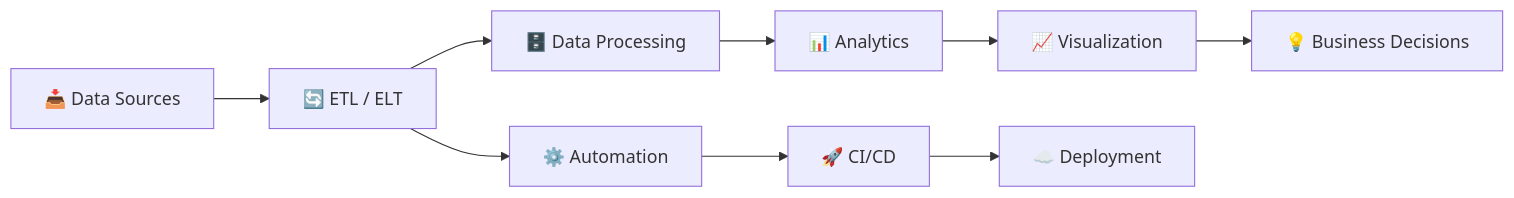
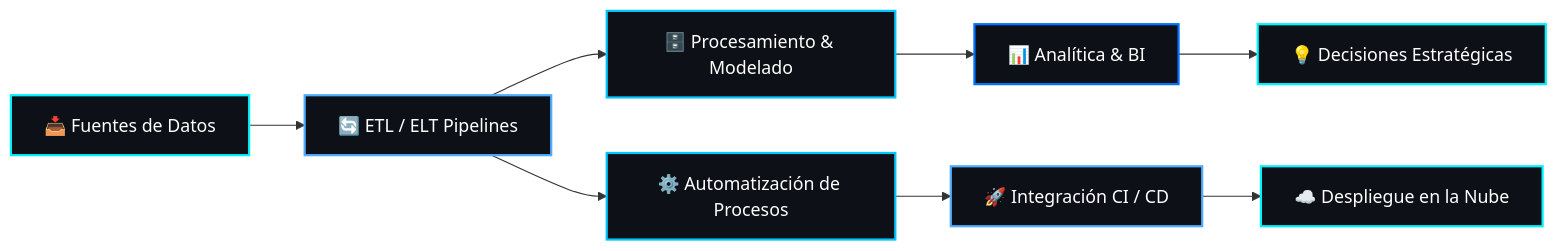
The diagram in README.md (shepro28031628/shepro28031628), drawn with Mermaid before and after one commit. The commit also changed other lines of this file and 4 other files, not shown here.

````diff
--- a/README.md
+++ b/README.md
@@ -92,12 +110,17 @@
 ```mermaid
 flowchart LR
-    A[📥 Data Sources] --> B[🔄 ETL / ELT]
-    B --> C[🗄️ Data Processing]
-    C --> D[📊 Analytics]
-    D --> E[📈 Visualization]
-    E --> F[💡 Business Decisions]
-    
-    B --> G[⚙️ Automation]
-    G --> H[🚀 CI/CD]
-    H --> I[☁️ Deployment]
+    classDef source fill:#0d1117,stroke:#00f2fe,stroke-width:2px,color:#fff;
+    classDef etl fill:#0d1117,stroke:#4facfe,stroke-width:2px,color:#fff;
+    classDef process fill:#0d1117,stroke:#00c6ff,stroke-width:2px,color:#fff;
+    classDef analytics fill:#0d1117,stroke:#0072ff,stroke-width:2px,color:#fff;
+    classDef action fill:#0d1117,stroke:#00f2fe,stroke-width:2px,color:#fff;
+
+    A[📥 Fuentes de Datos]:::source --> B[🔄 ETL / ELT Pipelines]:::etl
+    B --> C[🗄️ Procesamiento & Modelado]:::process
+    C --> D[📊 Analítica & BI]:::analytics
+    D --> E[💡 Decisiones Estratégicas]:::action
+
+    B --> F[⚙️ Automatización de Procesos]:::process
+    F --> G[🚀 Integración CI / CD]:::etl
+    G --> H[☁️ Despliegue en la Nube]:::action
 ```
````
